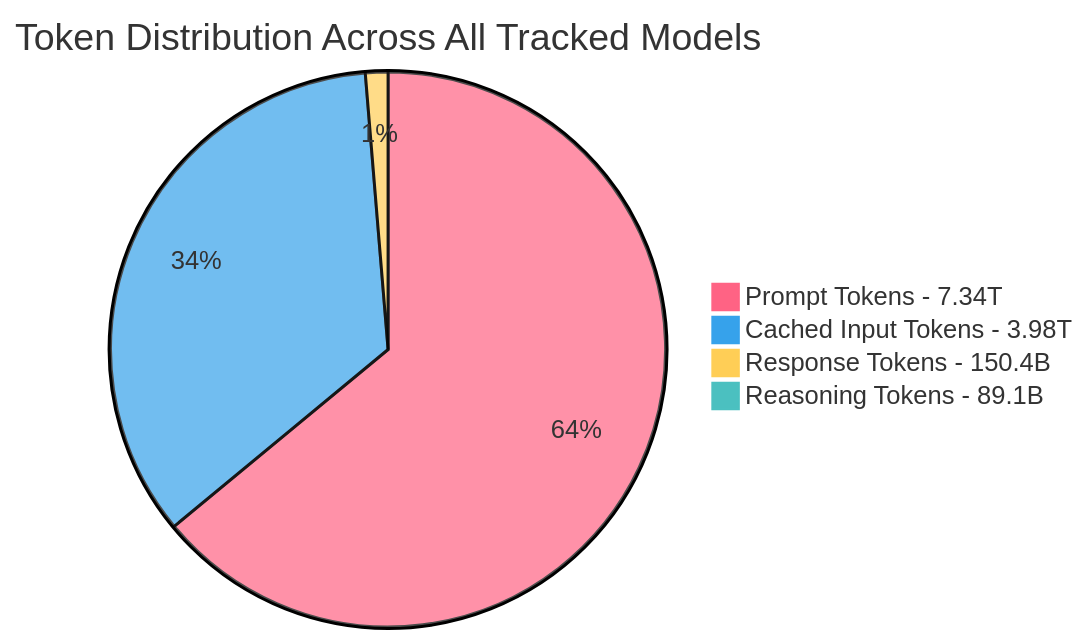
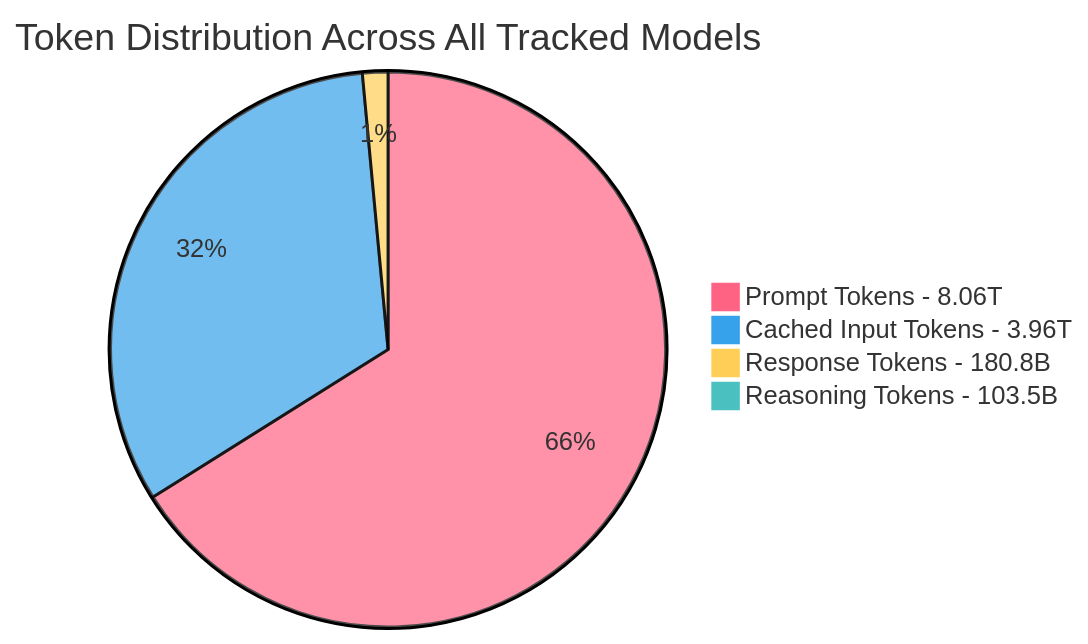
One commit to johnbean393/openrouter-inference-stats changed the fourth of 4 diagrams in README.md. Above: the diagram before and after it, drawn with Mermaid. The commit also changed other lines of this file and 1 other file, not shown here.

````diff
--- a/README.md
+++ b/README.md
@@ -55,9 +54,9 @@
 ```mermaid
 %%{init: {'theme': 'base', 'themeVariables': {'pie1': '#FF6384', 'pie2': '#36A2EB', 'pie3': '#FFCE56', 'pie4': '#4BC0C0', 'pie5': '#9966FF', 'pie6': '#FF9F40', 'pie7': '#2ECC71', 'pie8': '#FF66B2', 'pie9': '#00CCFF', 'pie10': '#E74C3C', 'pie11': '#F39C12', 'pie12': '#1ABC9C'}}}%%
 pie
     title Token Distribution Across All Tracked Models
-    "Prompt Tokens - 7.34T" : 7341844426070
-    "Cached Input Tokens - 3.98T" : 3978998296844
-    "Response Tokens - 150.4B" : 150405697478
-    "Reasoning Tokens - 89.1B" : 89097186591
+    "Prompt Tokens - 8.06T" : 8060813759566
+    "Cached Input Tokens - 3.96T" : 3956942264533
+    "Response Tokens - 180.8B" : 180751908859
+    "Reasoning Tokens - 103.5B" : 103529223423
 ```
````
